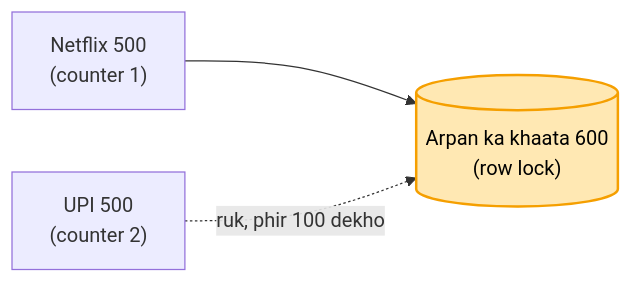
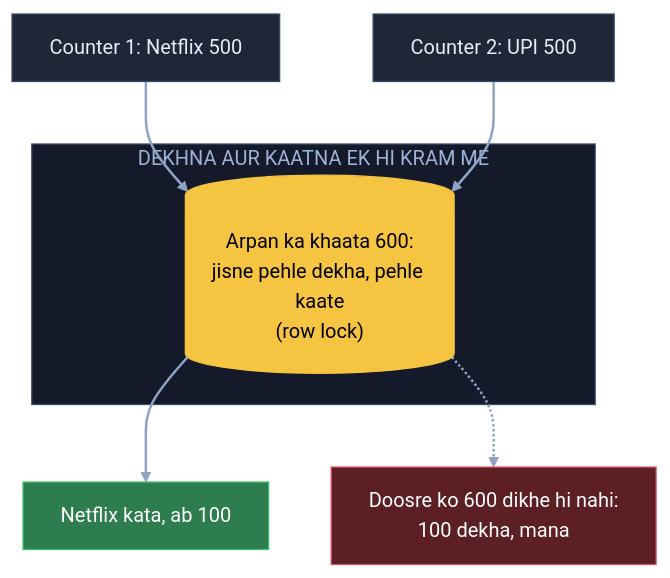
The third of 20 diagrams in 04_HLD/SYSTEM_DESIGNS/13_banking_system/13_banking_system.md (ArpanMaheshwari144/Prep), drawn with Mermaid before and after one commit. The commit also changed other lines of this file, not shown here.

Commit message:
Banking: 20 diagram hand notes ke shabdon se (branch, register, diary, laptop, photocopy, chhotu)

````diff
--- a/04_HLD/SYSTEM_DESIGNS/13_banking_system/13_banking_system.md
+++ b/04_HLD/SYSTEM_DESIGNS/13_banking_system/13_banking_system.md
@@ -80,6 +102,20 @@
 ```mermaid
-flowchart LR
-    N["Netflix 500<br/>(counter 1)"] --> R[("Arpan ka khaata 600<br/>(row lock)")]
-    U["UPI 500<br/>(counter 2)"] -. "ruk, phir 100 dekho" .-> R
-    style R fill:#ffe8b3,stroke:#f59f00,stroke-width:2px,color:#000
+flowchart TB
+    N["Counter 1: Netflix 500"]:::card
+    U["Counter 2: UPI 500"]:::card
+    subgraph EK["DEKHNA AUR KAATNA EK HI KRAM ME"]
+        B[("Arpan ka khaata 600:<br/>jisne pehle dekha, pehle kaate<br/>(row lock)")]:::pill
+    end
+    OK["Netflix kata, ab 100"]:::good
+    X["Doosre ko 600 dikhe hi nahi:<br/>100 dekha, mana"]:::bad
+    N --> B
+    U --> B
+    B --> OK
+    B -.-> X
+    linkStyle default stroke:#8fa3c7,stroke-width:2px
+    classDef card fill:#1e2638,stroke:#3a4a6b,color:#e8ecf5
+    classDef pill fill:#f5c542,stroke:#f5c542,color:#000
+    classDef good fill:#2e7d4f,stroke:#3fbf6f,color:#fff
+    classDef bad fill:#5c1f24,stroke:#e05561,color:#fff
+    style EK fill:#141a29,stroke:#3a4a6b,color:#9fb3d9
 ```
````
